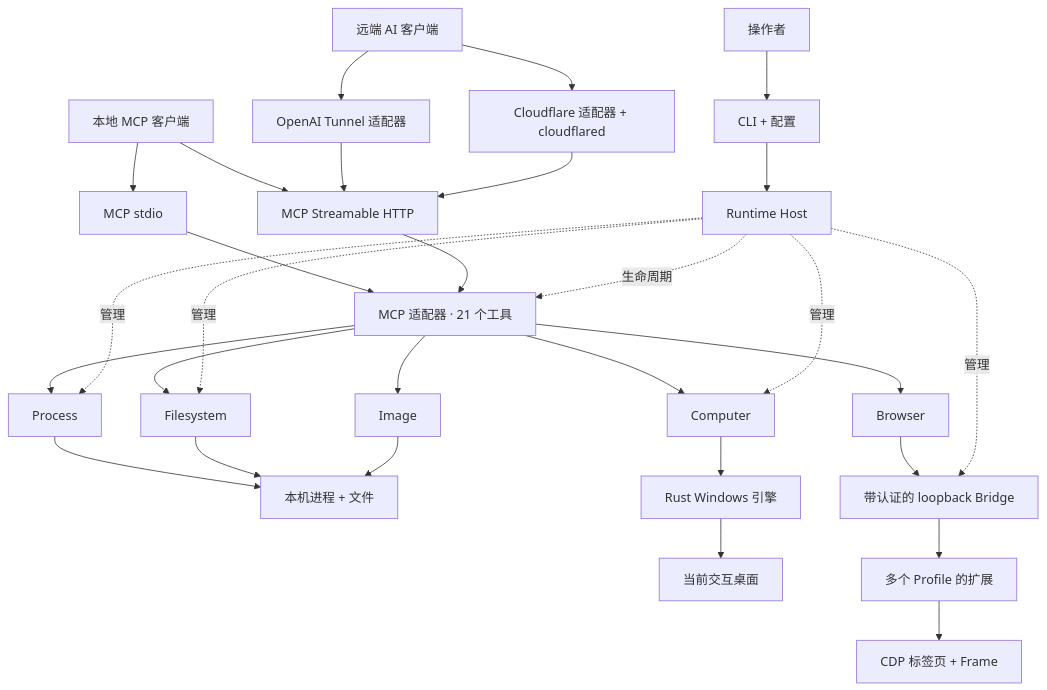
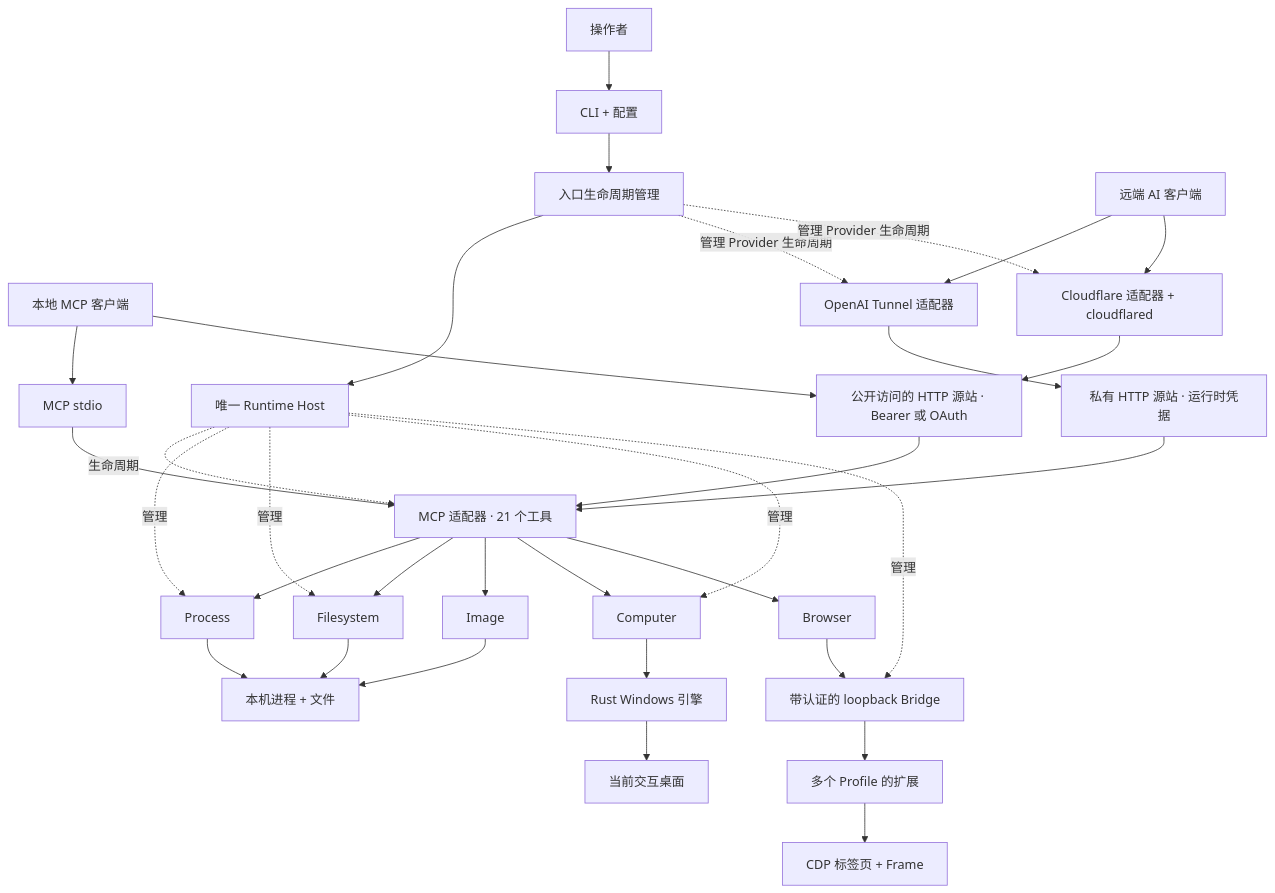
One commit to hicancan/local-runtime-mcp changed the first of 7 diagrams in README.zh-CN.md. Above: the diagram before and after it, drawn with Mermaid. The commit also changed other lines of this file and 36 other files, not shown here.

Commit message:
feat: share one runtime across tunnels and add owner-approved OAuth

````diff
--- a/README.zh-CN.md
+++ b/README.zh-CN.md
@@ -24,31 +25,35 @@
 ```mermaid
 flowchart TB
     Operator[操作者] --> CLI[CLI + 配置]
-    CLI --> Host[Runtime Host]
+    CLI --> Supervisor[入口生命周期管理]
+    Supervisor --> Host[唯一 Runtime Host]
     Local[本地 MCP 客户端] --> Stdio[MCP stdio]
-    Local --> HTTP[MCP Streamable HTTP]
+    Local --> Public[公开访问的 HTTP 源站 · Bearer 或 OAuth]
     Remote[远端 AI 客户端] --> OpenAI[OpenAI Tunnel 适配器]
     Remote --> Cloudflare[Cloudflare 适配器 + cloudflared]
-    OpenAI --> HTTP
-    Cloudflare --> HTTP
+    OpenAI --> Private[私有 HTTP 源站 · 运行时凭据]
+    Cloudflare --> Public
     Stdio --> MCP[MCP 适配器 · 21 个工具]
-    HTTP --> MCP
+    Private --> MCP
+    Public --> MCP
     MCP --> Process[Process]
     MCP --> Files[Filesystem]
     MCP --> Image[Image]
     MCP --> Computer[Computer]
     MCP --> Browser[Browser]
     Process --> Machine[本机进程 + 文件]
     Files --> Machine
     Image --> Machine
     Computer --> Native[Rust Windows 引擎]
     Native --> Desktop[当前交互桌面]
     Browser --> Bridge[带认证的 loopback Bridge]
     Bridge --> Profiles[多个 Profile 的扩展]
     Profiles --> CDP[CDP 标签页 + Frame]
     Host -. 生命周期 .-> MCP
     Host -. 管理 .-> Process
     Host -. 管理 .-> Files
     Host -. 管理 .-> Computer
     Host -. 管理 .-> Bridge
+    Supervisor -. 管理 Provider 生命周期 .-> OpenAI
+    Supervisor -. 管理 Provider 生命周期 .-> Cloudflare
 ```
````
